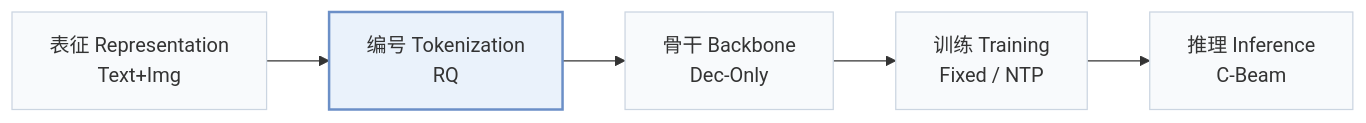
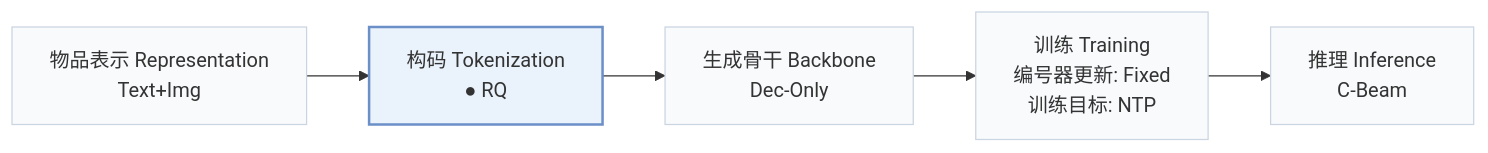
Before and after one commit to Galaxy-ghost/Awesome-SID-Generative-Rec: the first of 2 diagrams in pages/zh/papers/adasid.md, drawn with Mermaid. The commit also changed other lines of this file and 558 other files, not shown here.

````diff
--- a/pages/zh/papers/adasid.md
+++ b/pages/zh/papers/adasid.md
@@ -15,8 +18,8 @@
 ```mermaid
 flowchart LR
-    R["表征 Representation<br/>Text+Img"] --> T["编号 Tokenization<br/>RQ"] --> B["骨干 Backbone<br/>Dec-Only"] --> TR["训练 Training<br/>Fixed / NTP"] --> I["推理 Inference<br/>C-Beam"]
+    R["物品表示 Representation<br/>Text+Img"] --> T["构码 Tokenization<br/>● RQ"] --> B["生成骨干 Backbone<br/>Dec-Only"] --> TR["训练 Training<br/>编号器更新: Fixed<br/>训练目标: NTP"] --> I["推理 Inference<br/>C-Beam"]
     classDef base fill:#f8fafc,stroke:#cbd5e1
     class R,T,B,TR,I base
     classDef main fill:#eaf2fb,stroke:#6b8fc7,stroke-width:2px
     class T main
 ```
````
